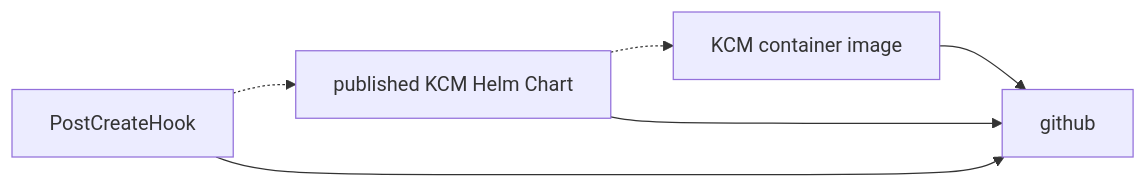
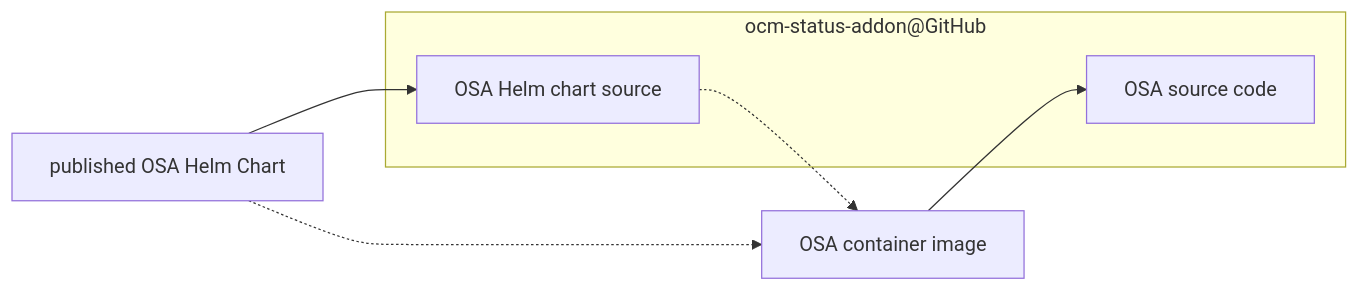
The second of 4 diagrams in docs/content/v0.20/packaging.md (kubestellar/kubestellar), drawn with Mermaid before and after one commit. The commit also changed other lines of this file, not shown here.

Commit message:
Start real doc of ocm-status-addon

````diff
--- a/docs/content/v0.20/packaging.md
+++ b/docs/content/v0.20/packaging.md
@@ -41,8 +26,11 @@
 ```mermaid
 flowchart LR
-    kcm_image[KCM container image] --> github
-    hc_image[published KCM Helm Chart] --> github
-    hc_image -.-> kcm_image
-    PostCreateHook --> github
-    PostCreateHook -.-> hc_image
+    subgraph "ocm-status-addon@GitHub"
+    osa_code[OSA source code]
+    osa_hc_src[OSA Helm chart source]
+    end
+    osa_ctr_image[OSA container image] --> osa_code
+    osa_hc_repo[published OSA Helm Chart] --> osa_hc_src
+    osa_hc_src -.-> osa_ctr_image
+    osa_hc_repo -.-> osa_ctr_image
 ```
````
